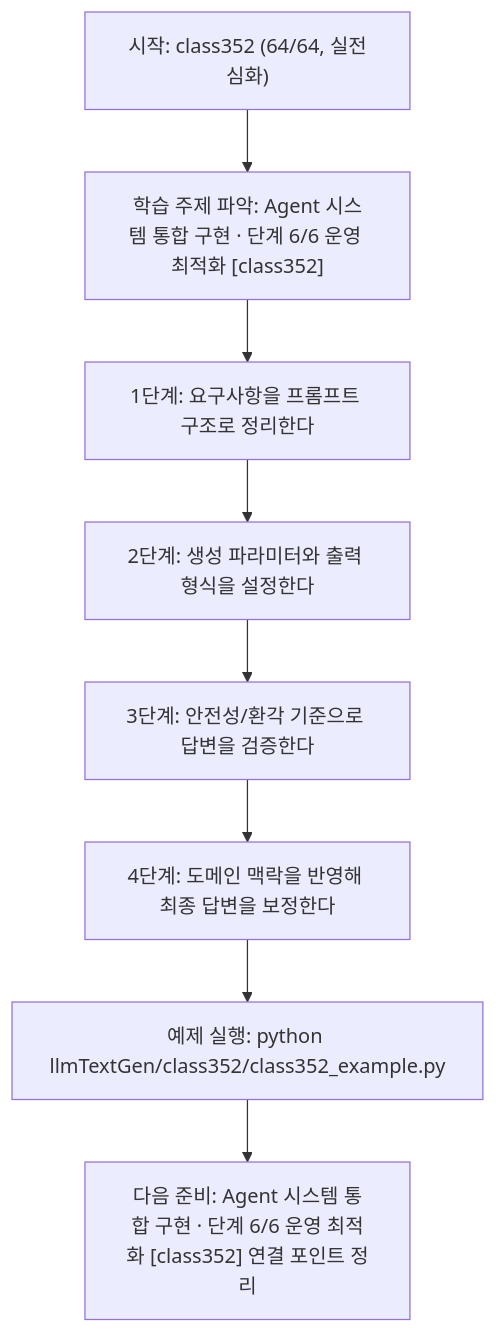
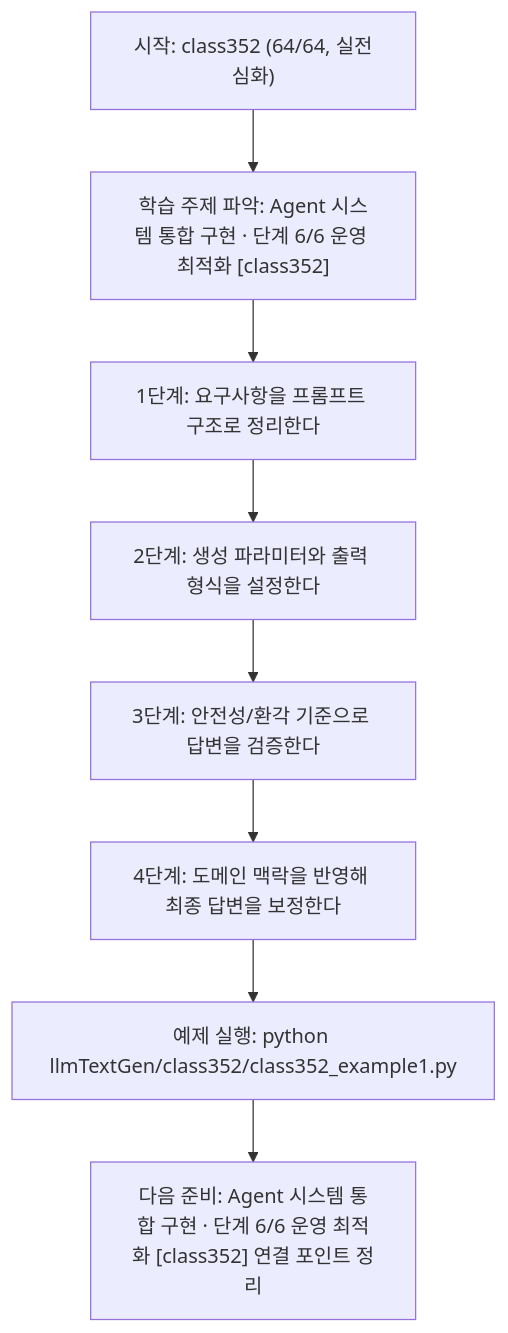
Before and after one commit to edumgt/Python-AI_Agent-Class: the diagram in llmTextGen/class352/class352.md, drawn with Mermaid. The commit also changed other lines of this file and 2959 other files, not shown here.

````diff
--- a/llmTextGen/class352/class352.md
+++ b/llmTextGen/class352/class352.md
@@ -115,18 +115,18 @@
 ```mermaid
 flowchart TD
 N1["시작: class352 (64/64, 실전심화)"]
 N2["학습 주제 파악: Agent 시스템 통합 구현 · 단계 6/6 운영 최적화 [class352]"]
 N3["1단계: 요구사항을 프롬프트 구조로 정리한다"]
 N4["2단계: 생성 파라미터와 출력 형식을 설정한다"]
 N5["3단계: 안전성/환각 기준으로 답변을 검증한다"]
 N6["4단계: 도메인 맥락을 반영해 최종 답변을 보정한다"]
-N7["예제 실행: python llmTextGen/class352/class352_example.py"]
+N7["예제 실행: python llmTextGen/class352/class352_example1.py"]
 N8["다음 준비: Agent 시스템 통합 구현 · 단계 6/6 운영 최적화 [class352] 연결 포인트 정리"]
 N1 --> N2
 N2 --> N3
 N3 --> N4
 N4 --> N5
 N5 --> N6
 N6 --> N7
 N7 --> N8
 ```
````
